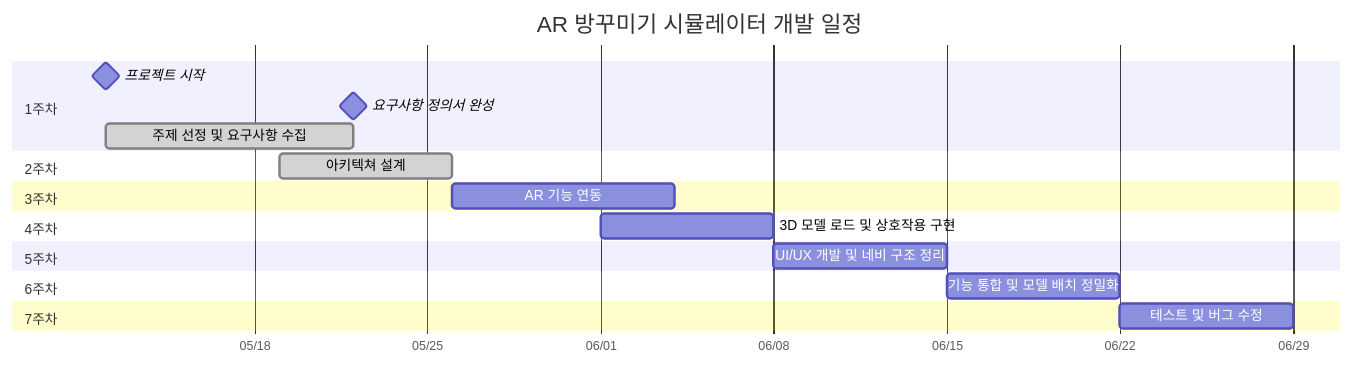
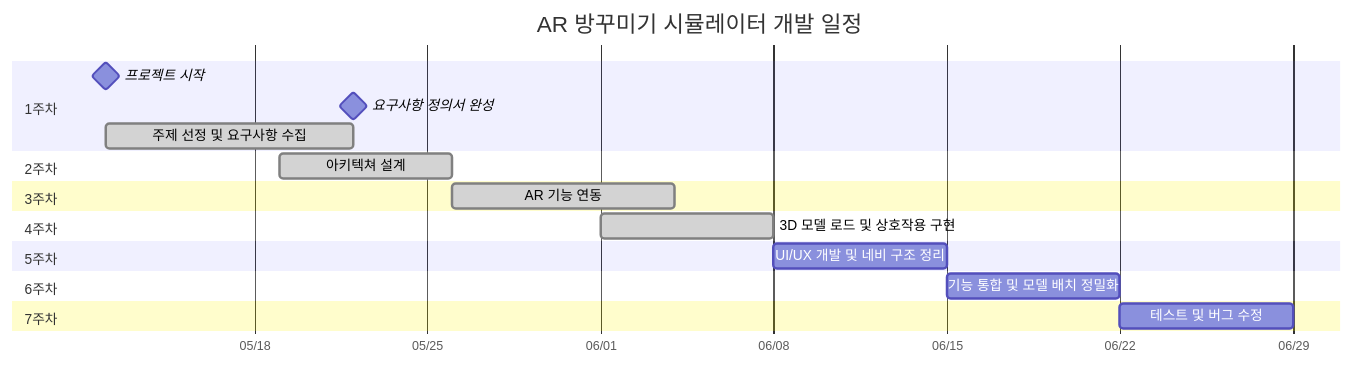
The third of 5 diagrams in 프로젝트 계획서v4.1.md (YOUHEETAE/AR-Room-Decorator), drawn with Mermaid before and after one commit. The commit also changed other lines of this file, not shown here.

````diff
--- a/프로젝트 계획서v4.1.md
+++ b/프로젝트 계획서v4.1.md
@@ -116,22 +139,22 @@
 ```mermaid
 gantt
     title AR 방꾸미기 시뮬레이터 개발 일정
     dateFormat  YYYY-MM-DD
     axisFormat  %m/%d
     section 1주차
     프로젝트 시작            :milestone, 2025-05-12, 0d
     요구사항 정의서 완성            :milestone, 2025-05-22, 0d
     주제 선정 및 요구사항 수집          :done, a1, 2025-05-12, 10d
     section 2주차
     아키텍쳐 설계 :done, a2, 2025-05-19 , 7d
     section 3주차
-    AR 기능 연동                    :a3, after a2, 9d
+    AR 기능 연동                    :done, a3, after a2, 9d
     section 4주차
-    3D 모델 로드 및 상호작용 구현       :a4, 2025-06-01, 7d
+    3D 모델 로드 및 상호작용 구현       :done, a4, 2025-06-01, 7d
     section 5주차
     UI/UX 개발 및 네비 구조 정리   :a5, after a4, 7d
     section 6주차
     기능 통합 및 모델 배치 정밀화       :a6, after a5, 7d
     section 7주차
     테스트 및 버그 수정               :a7, after a6, 7d
 ```
````
